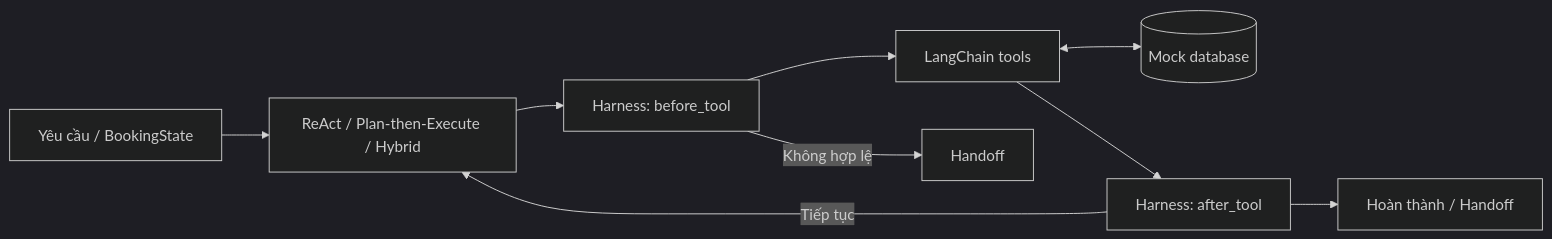
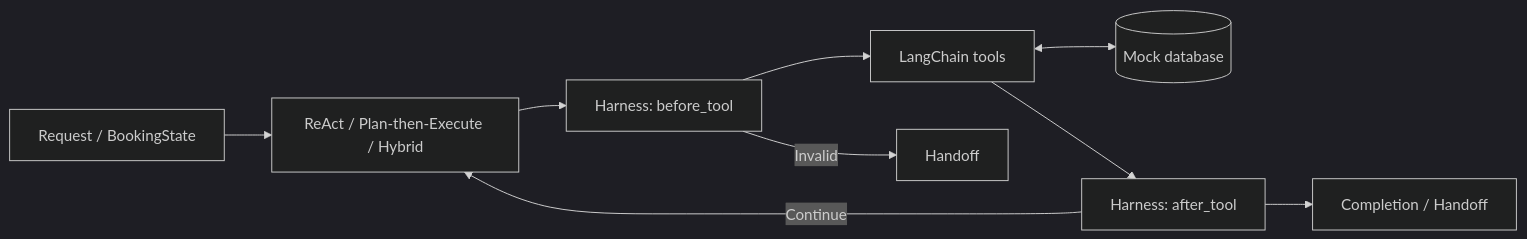
The diagram in README.md (ThankTran/airline-agent), drawn with Mermaid (dark theme) before and after one commit. The commit also changed other lines of this file, not shown here.

````diff
--- a/README.md
+++ b/README.md
@@ -68,11 +68,11 @@
 ```mermaid
 flowchart LR
-    U[Yêu cầu / BookingState] --> A[ReAct / Plan-then-Execute / Hybrid]
+    U[Request / BookingState] --> A[ReAct / Plan-then-Execute / Hybrid]
     A --> B[Harness: before_tool]
     B --> T[LangChain tools]
     T <--> D[(Mock database)]
     T --> C[Harness: after_tool]
-    C -->|Tiếp tục| A
-    C --> E[Hoàn thành / Handoff]
-    B -->|Không hợp lệ| H[Handoff]
+    C -->|Continue| A
+    C --> E[Completion / Handoff]
+    B -->|Invalid| H[Handoff]
 ```
````
